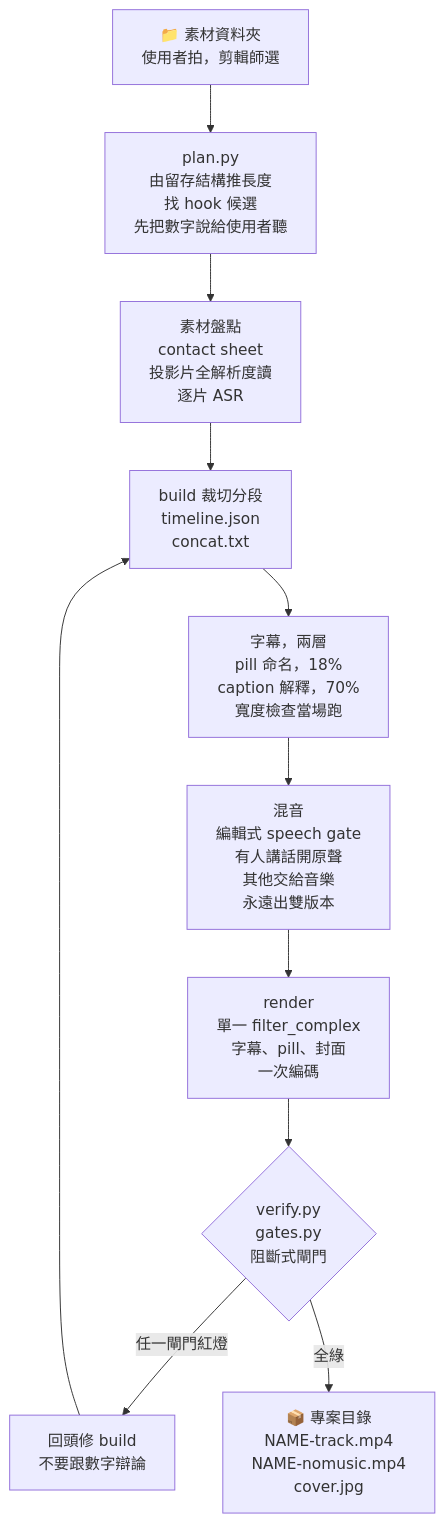
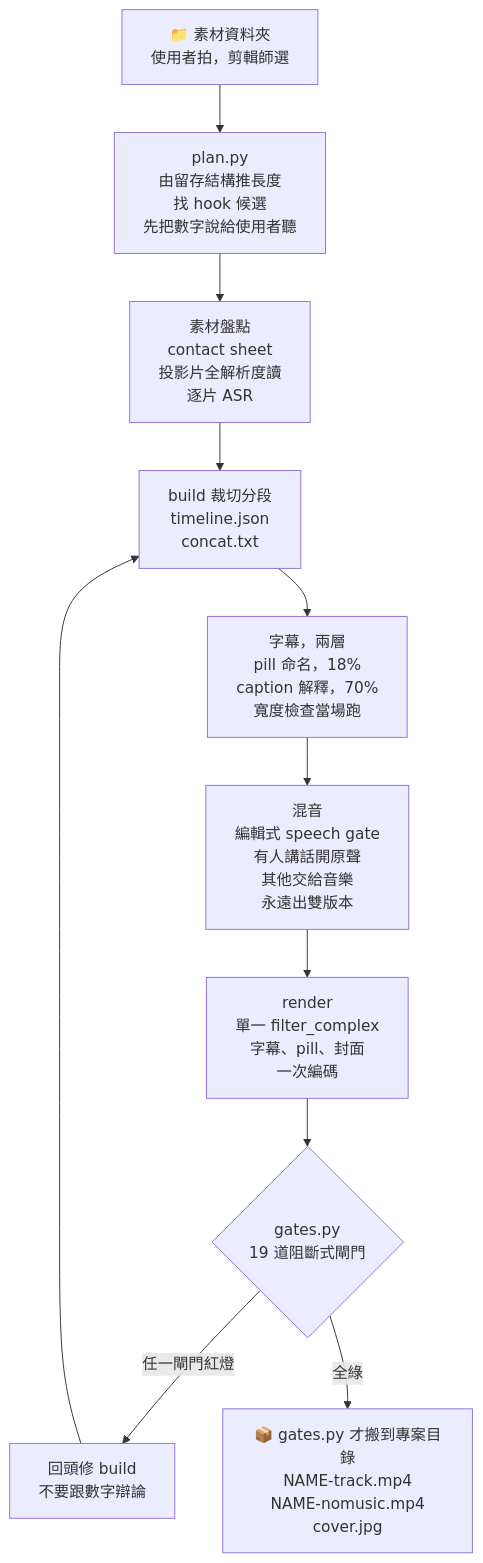
Before and after one commit to chyiiiiiiiiiiii/yiibu: the diagram in README.zh-TW.md, drawn with Mermaid. The commit also changed other lines of this file and 10 other files, not shown here.

````diff
--- a/README.zh-TW.md
+++ b/README.zh-TW.md
@@ -87,12 +87,12 @@
 ```mermaid
 flowchart TD
     A["📁 素材資料夾<br/>使用者拍，剪輯師選"] --> P["plan.py<br/>由留存結構推長度<br/>找 hook 候選<br/>先把數字說給使用者聽"]
     P --> I["素材盤點<br/>contact sheet<br/>投影片全解析度讀<br/>逐片 ASR"]
     I --> B["build 裁切分段<br/>timeline.json<br/>concat.txt"]
     B --> C["字幕，兩層<br/>pill 命名，18%<br/>caption 解釋，70%<br/>寬度檢查當場跑"]
     C --> M["混音<br/>編輯式 speech gate<br/>有人講話開原聲<br/>其他交給音樂<br/>永遠出雙版本"]
     M --> R["render<br/>單一 filter_complex<br/>字幕、pill、封面<br/>一次編碼"]
-    R --> G{"verify.py<br/>gates.py<br/>阻斷式閘門"}
+    R --> G{"gates.py<br/>19 道阻斷式閘門"}
     G -->|任一閘門紅燈| F["回頭修 build<br/>不要跟數字辯論"] --> B
-    G -->|全綠| D["📦 專案目錄<br/>NAME-track.mp4<br/>NAME-nomusic.mp4<br/>cover.jpg"]
+    G -->|全綠| D["📦 gates.py 才搬到專案目錄<br/>NAME-track.mp4<br/>NAME-nomusic.mp4<br/>cover.jpg"]
 ```
````
